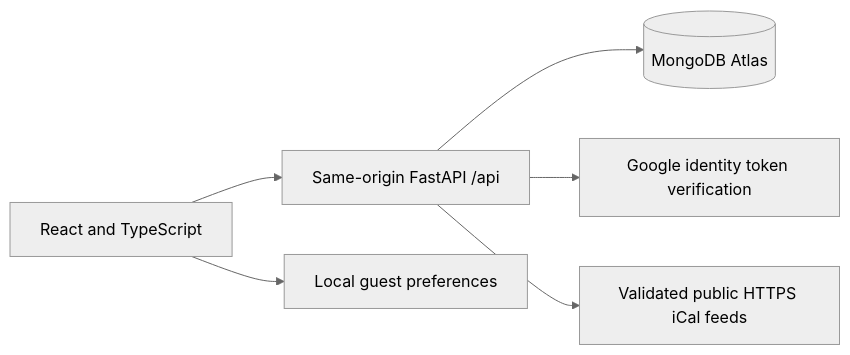
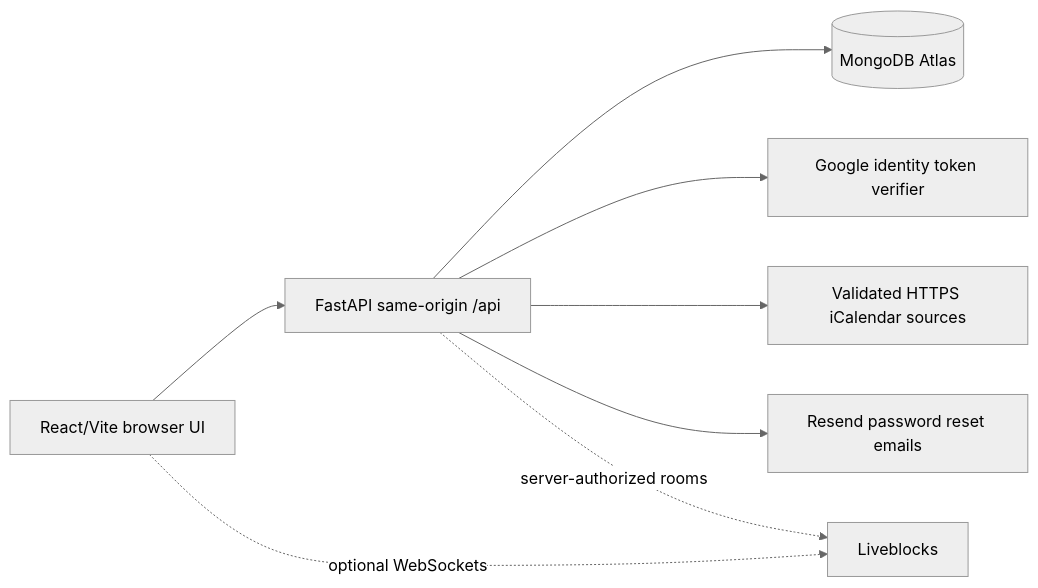
Before and after one commit to KibouAkari/LifeOrbit: the diagram in docs/ARCHITECTURE.md, drawn with Mermaid (neutral theme). The commit also changed other lines of this file and 3 other files, not shown here.

Commit message:
docs: replace chronological notes with current API, data, social and architecture contracts

````diff
--- a/docs/ARCHITECTURE.md
+++ b/docs/ARCHITECTURE.md
@@ -5,8 +5,10 @@
 ```mermaid
 flowchart LR
-  B[React and TypeScript] --> A[Same-origin FastAPI /api]
-  A --> M[(MongoDB Atlas)]
-  A --> G[Google identity token verification]
-  A --> I[Validated public HTTPS iCal feeds]
-  B --> L[Local guest preferences]
+  Browser[React/Vite browser UI] --> API[FastAPI same-origin /api]
+  API --> DB[(MongoDB Atlas)]
+  API --> Google[Google identity token verifier]
+  API --> Feeds[Validated HTTPS iCalendar sources]
+  API --> Email[Resend password reset emails]
+  Browser -. optional WebSockets .-> LB[Liveblocks]
+  API -. server-authorized rooms .-> LB
 ```
````
